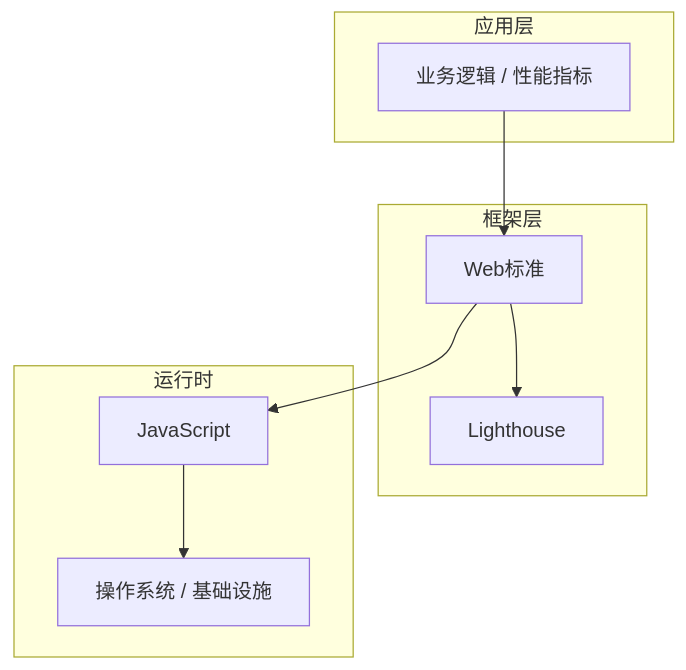
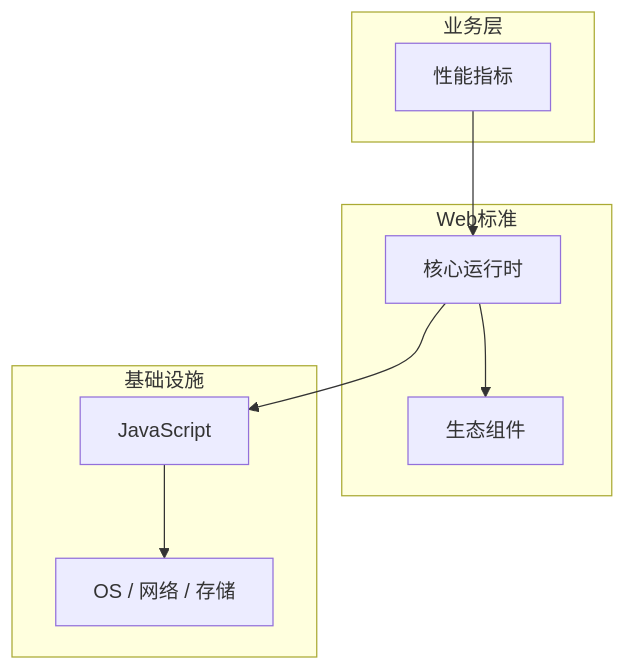
The diagram in articles/Web性能优化/chapters/001-性能指标核心概念与原理.md (yanggan2015/knowledge-json-v2), drawn with Mermaid before and after one commit. The commit also changed other lines of this file and 10127 other files, not shown here.

````diff
--- a/articles/Web性能优化/chapters/001-性能指标核心概念与原理.md
+++ b/articles/Web性能优化/chapters/001-性能指标核心概念与原理.md
@@ -45,18 +34,18 @@
 ```mermaid
 graph TB
-    subgraph 应用层
-        A[业务逻辑 / 性能指标]
+    subgraph 业务层
+        A[性能指标]
     end
-    subgraph 框架层
-        B[Web标准]
-        C[Lighthouse]
+    subgraph Web标准
+        B[核心运行时]
+        C[生态组件]
     end
-    subgraph 运行时
+    subgraph 基础设施
         D[JavaScript]
-        E[操作系统 / 基础设施]
+        E[OS / 网络 / 存储]
     end
     A --> B
     B --> C
     B --> D
     D --> E
 ```
````
